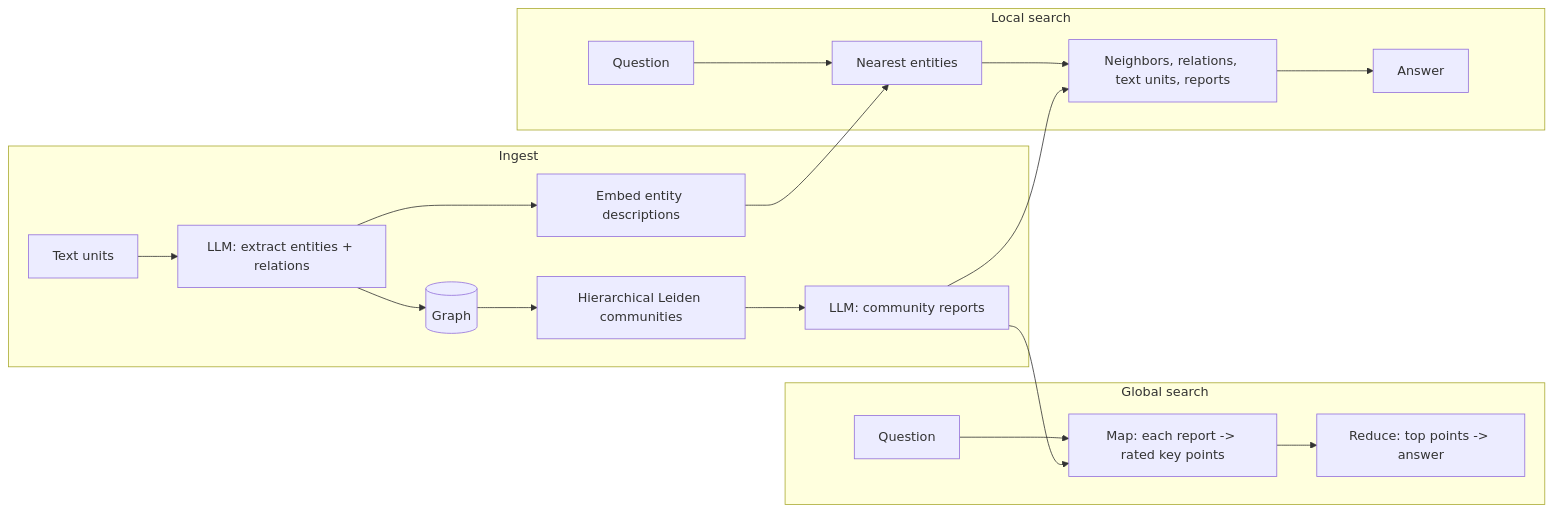
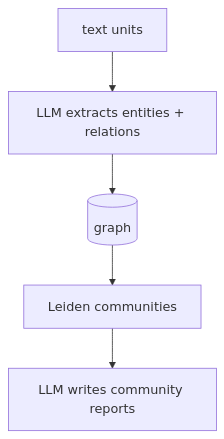
One commit to whrui720/GraphRAG_playground changed the first of 2 diagrams in notes/variants/index/GraphRAG.md. Above: the diagram before and after it, drawn with Mermaid. The commit also changed other lines of this file and 65 other files, not shown here.

Commit message:
fixed + added more diagrams

````diff
--- a/notes/variants/index/GraphRAG.md
+++ b/notes/variants/index/GraphRAG.md
@@ -25,17 +25,5 @@
 ```mermaid
-flowchart LR
-  subgraph Ingest
-    T[Text units] --> X[LLM: extract entities + relations] --> G[(Graph)]
-    G --> L[Hierarchical Leiden communities] --> R[LLM: community reports]
-    X --> ED[Embed entity descriptions]
-  end
-  subgraph Local search
-    Q1[Question] --> NE[Nearest entities] --> NB[Neighbors, relations, text units, reports] --> A1[Answer]
-  end
-  subgraph Global search
-    Q2[Question] --> MAP[Map: each report -> rated key points] --> RED[Reduce: top points -> answer]
-  end
-  ED --> NE
-  R --> MAP
-  R --> NB
+flowchart TB
+  T[text units] --> X[LLM extracts entities + relations] --> G[(graph)]
+  G --> L[Leiden communities] --> R[LLM writes community reports]
 ```
````
